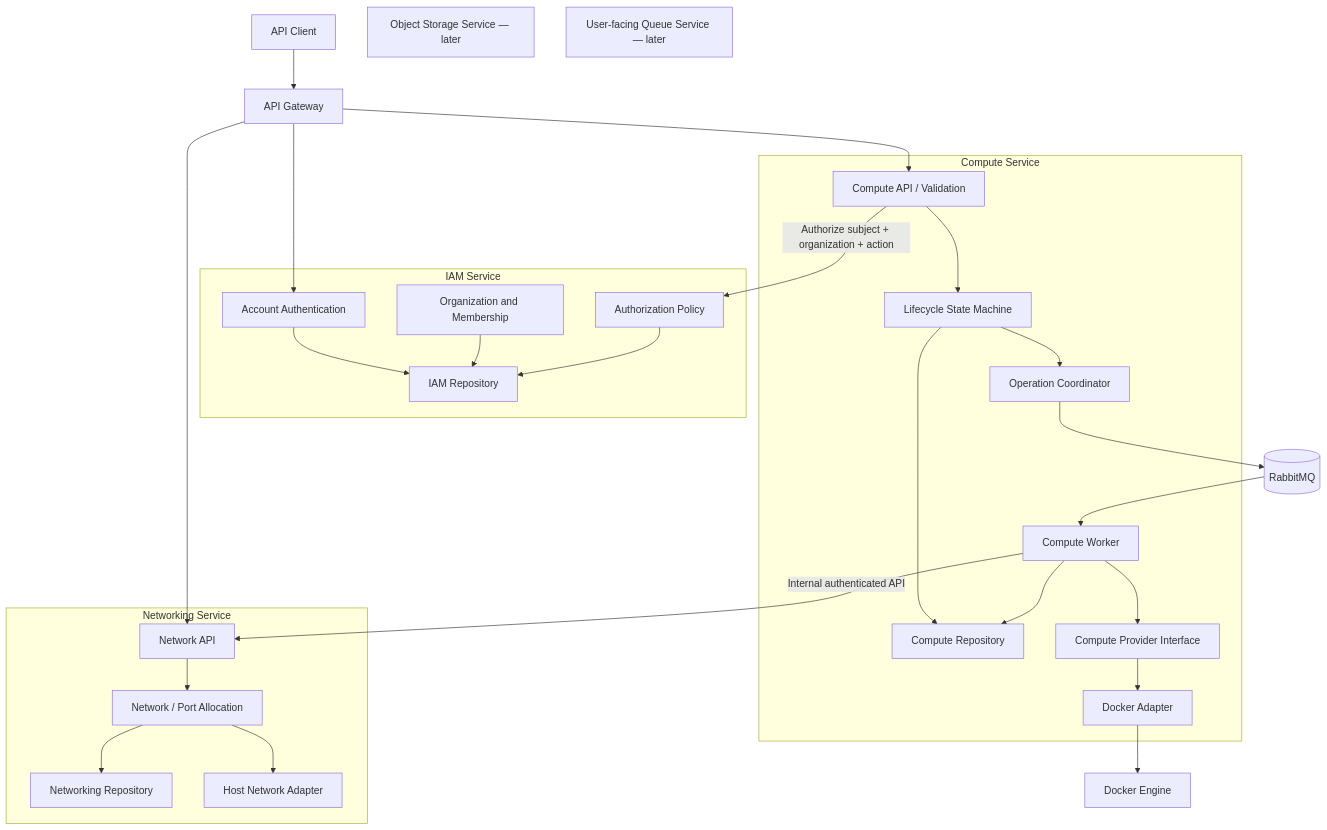
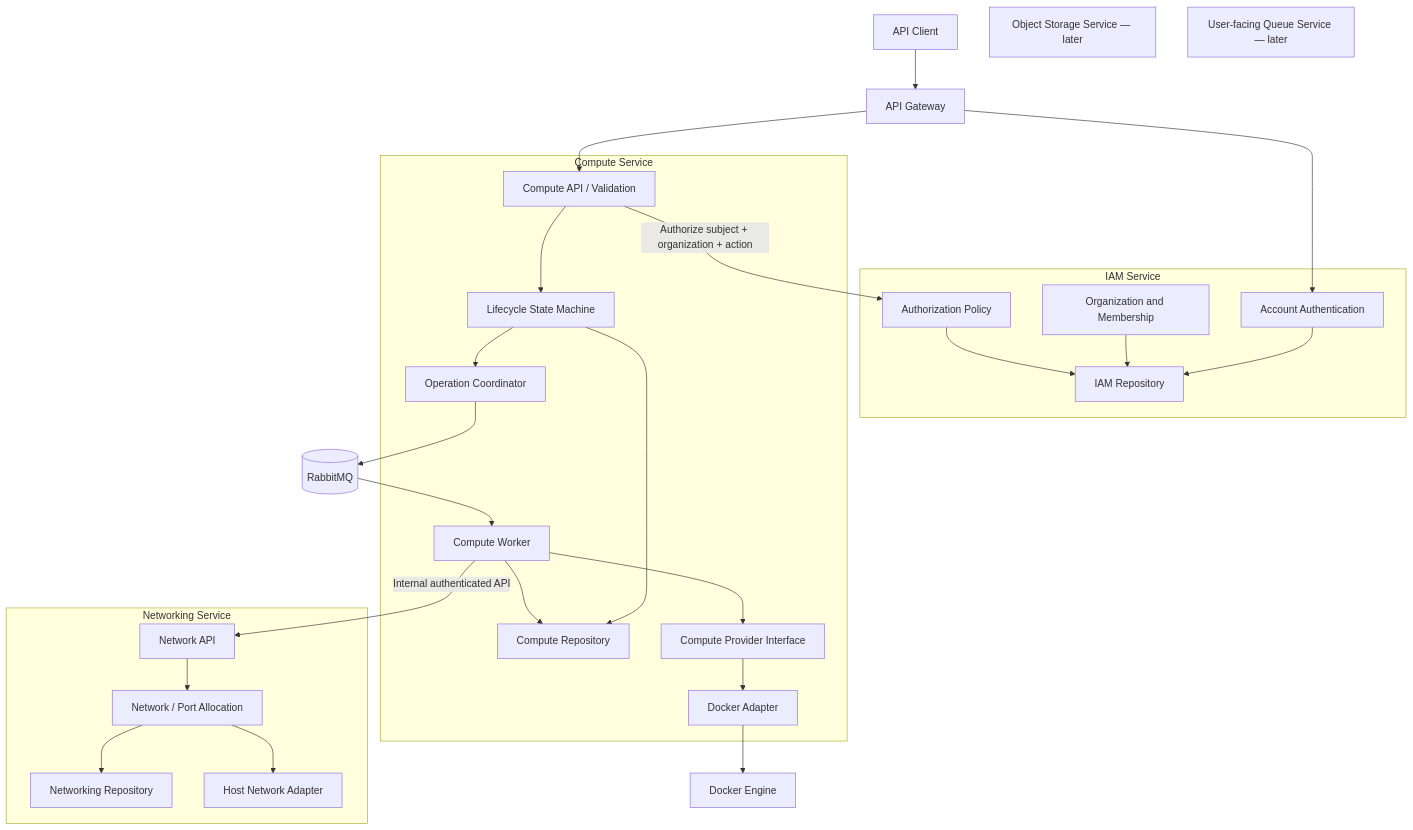
One commit to Dixit-Dhruv/Kubo changed the diagram in docs/architecture/component-architecture.md. Above: the diagram before and after it, drawn with Mermaid. The commit also changed other lines of this file and 26 other files, not shown here.

````diff
--- a/docs/architecture/component-architecture.md
+++ b/docs/architecture/component-architecture.md
@@ -9,52 +9,51 @@
 ```mermaid
 flowchart TB
     Client["API Client"] --> Gateway["API Gateway"]
 
     subgraph IAM["IAM Service"]
         Accounts["Account Authentication"]
         Orgs["Organization and Membership"]
         Policies["Authorization Policy"]
         IAMRepo["IAM Repository"]
         Accounts --> IAMRepo
         Orgs --> IAMRepo
         Policies --> IAMRepo
     end
 
     subgraph COMPUTE["Compute Service"]
         ComputeAPI["Compute API / Validation"]
         Lifecycle["Lifecycle State Machine"]
         Operations["Operation Coordinator"]
         ComputeRepo["Compute Repository"]
         Worker["Compute Worker"]
         DockerPort["Compute Provider Interface"]
         DockerAdapter["Docker Adapter"]
         ComputeAPI --> Lifecycle
         Lifecycle --> ComputeRepo
         Lifecycle --> Operations
         Worker --> ComputeRepo
         Worker --> DockerPort
         DockerPort --> DockerAdapter
     end
 
     subgraph NETWORK["Networking Service"]
         NetworkAPI["Network API"]
         Allocation["Network / Port Allocation"]
         NetworkRepo["Networking Repository"]
         NetworkAdapter["Host Network Adapter"]
         NetworkAPI --> Allocation
         Allocation --> NetworkRepo
         Allocation --> NetworkAdapter
     end
 
     Gateway --> Accounts
     Gateway --> ComputeAPI
-    Gateway --> NetworkAPI
     ComputeAPI -->|"Authorize subject + organization + action"| Policies
     Worker -->|"Internal authenticated API"| NetworkAPI
     Operations --> Broker[("RabbitMQ")]
     Broker --> Worker
     DockerAdapter --> Docker["Docker Engine"]
 
     FutureStorage["Object Storage Service — later"]
     FutureQueue["User-facing Queue Service — later"]
 ```
````
